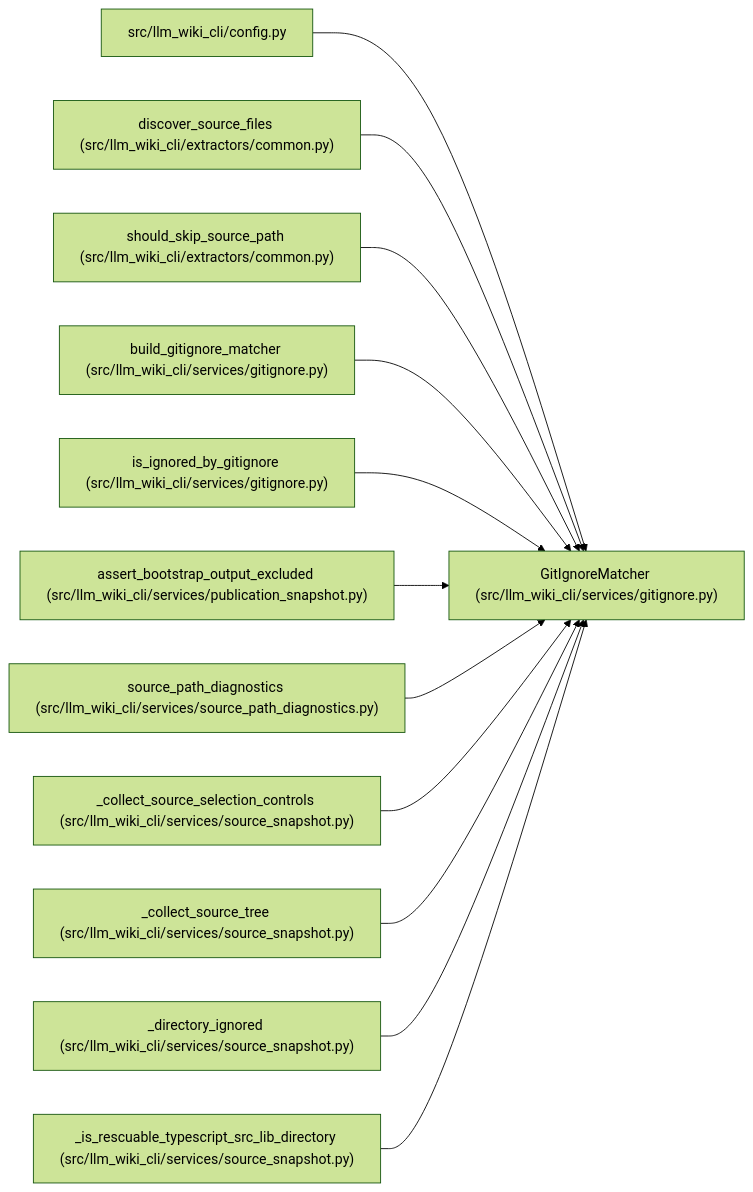
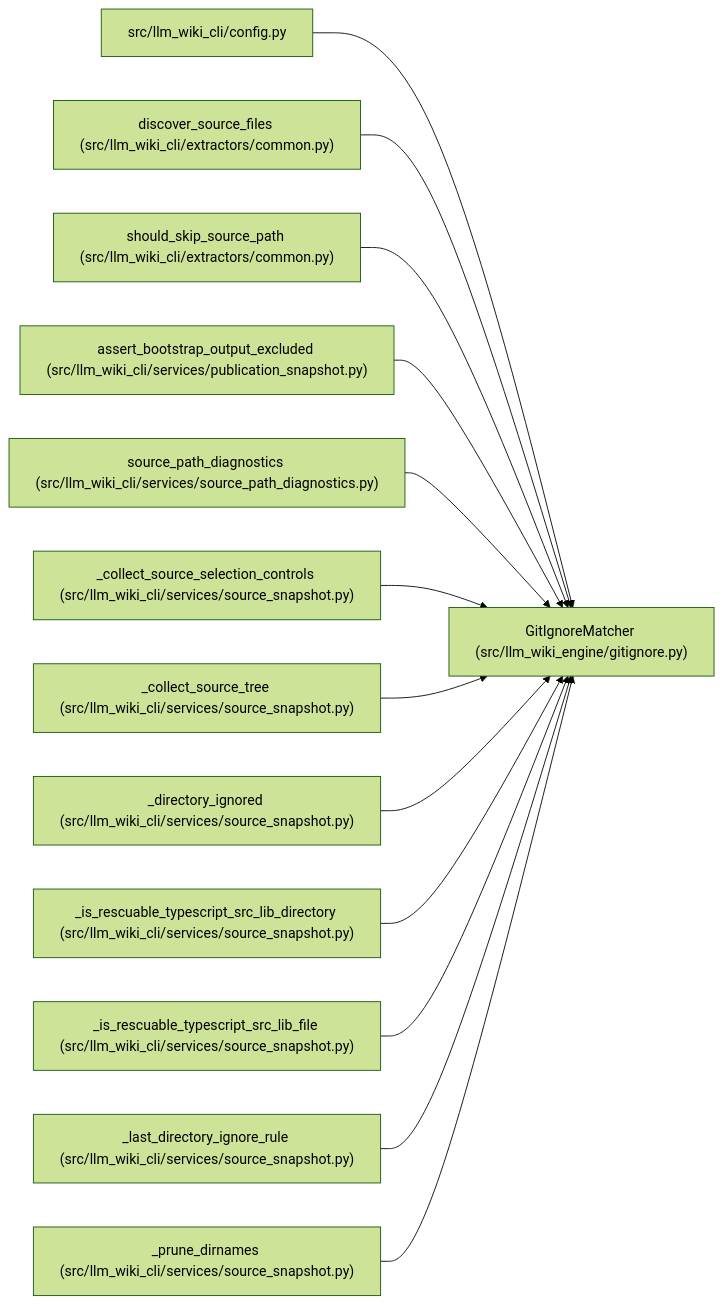
Before and after one commit to Denissvgn/python-wiki-llm: the diagram in docs/llm_wiki/entities/GitIgnoreMatcher.md, drawn with Mermaid (forest theme). The commit also changed other lines of this file and 739 other files, not shown here.

First line of the commit message:
docs: refresh the wiki for the second engine batch

````diff
--- a/docs/llm_wiki/entities/GitIgnoreMatcher.md
+++ b/docs/llm_wiki/entities/GitIgnoreMatcher.md
@@ -31,38 +31,41 @@
 ```mermaid
 flowchart LR
-    n0["GitIgnoreMatcher (src/llm_wiki_cli/services/gitignore.py)"]
+    n0["GitIgnoreMatcher (src/llm_wiki_engine/gitignore.py)"]
     n1["src/llm_wiki_cli/config.py"]
     n2["discover_source_files (src/llm_wiki_cli/extractors/common.py)"]
     n3["should_skip_source_path (src/llm_wiki_cli/extractors/common.py)"]
-    n4["build_gitignore_matcher (src/llm_wiki_cli/services/gitignore.py)"]
-    n5["is_ignored_by_gitignore (src/llm_wiki_cli/services/gitignore.py)"]
-    n6["assert_bootstrap_output_excluded (src/llm_wiki_cli/services/publication_snapshot.py)"]
-    n7["source_path_diagnostics (src/llm_wiki_cli/services/source_path_diagnostics.py)"]
-    n8["_collect_source_selection_controls (src/llm_wiki_cli/services/source_snapshot.py)"]
-    n9["_collect_source_tree (src/llm_wiki_cli/services/source_snapshot.py)"]
-    n10["_directory_ignored (src/llm_wiki_cli/services/source_snapshot.py)"]
-    n11["_is_rescuable_typescript_src_lib_directory (src/llm_wiki_cli/services/source_snapshot.py)"]
+    n4["assert_bootstrap_output_excluded (src/llm_wiki_cli/services/publication_snapshot.py)"]
+    n5["source_path_diagnostics (src/llm_wiki_cli/services/source_path_diagnostics.py)"]
+    n6["_collect_source_selection_controls (src/llm_wiki_cli/services/source_snapshot.py)"]
+    n7["_collect_source_tree (src/llm_wiki_cli/services/source_snapshot.py)"]
+    n8["_directory_ignored (src/llm_wiki_cli/services/source_snapshot.py)"]
+    n9["_is_rescuable_typescript_src_lib_directory (src/llm_wiki_cli/services/source_snapshot.py)"]
+    n10["_is_rescuable_typescript_src_lib_file (src/llm_wiki_cli/services/source_snapshot.py)"]
+    n11["_last_directory_ignore_rule (src/llm_wiki_cli/services/source_snapshot.py)"]
+    n12["_prune_dirnames (src/llm_wiki_cli/services/source_snapshot.py)"]
     n1 --> n0
     n2 --> n0
     n3 --> n0
     n4 --> n0
     n5 --> n0
     n6 --> n0
     n7 --> n0
     n8 --> n0
     n9 --> n0
     n10 --> n0
     n11 --> n0
+    n12 --> n0
     click n0 "../modules/gitignore.md"
     click n1 "../modules/config.md"
     click n2 "../modules/common.md"
     click n3 "../modules/common.md"
-    click n4 "../modules/gitignore.md"
-    click n5 "../modules/gitignore.md"
-    click n6 "../modules/publication_snapshot.md"
-    click n7 "../modules/source_path_diagnostics.md"
+    click n4 "../modules/publication_snapshot.md"
+    click n5 "../modules/source_path_diagnostics.md"
+    click n6 "../modules/source_snapshot.md"
+    click n7 "../modules/source_snapshot.md"
     click n8 "../modules/source_snapshot.md"
     click n9 "../modules/source_snapshot.md"
     click n10 "../modules/source_snapshot.md"
     click n11 "../modules/source_snapshot.md"
+    click n12 "../modules/source_snapshot.md"
 ```
````
